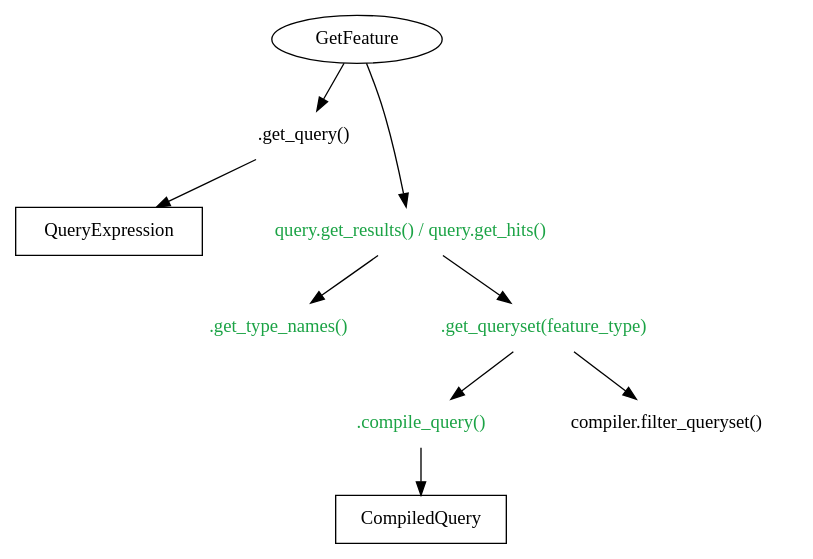
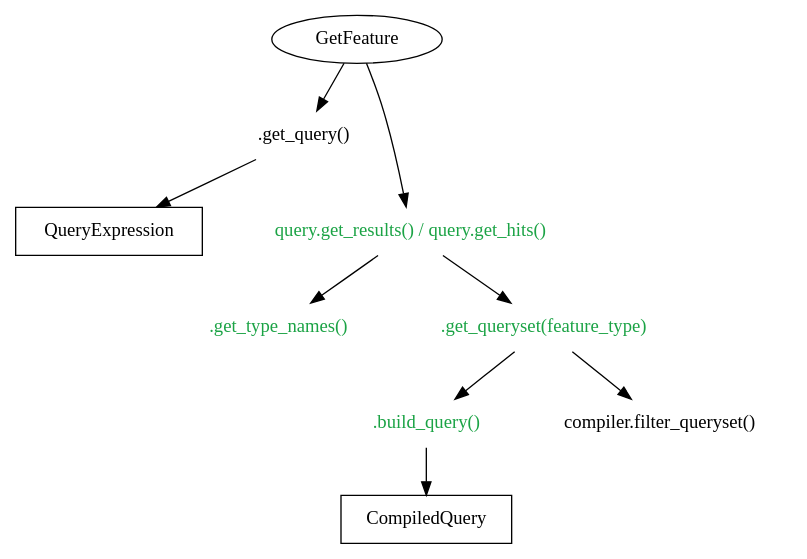
Before and after one commit to Amsterdam/django-gisserver: the fourth of 6 diagrams in docs/development.rst, drawn with Graphviz. The commit also changed other lines of this file and 84 other files, not shown here.

```diff
--- a/docs/development.rst
+++ b/docs/development.rst
@@ -160,26 +160,26 @@
 .. graphviz::
 
     digraph foo {
 
         QueryExpression [shape=box]
         CompiledQuery [shape=box]
         get_query [shape=none, label=".get_query()"]
         get_results [shape=none, label="query.get_results() / query.get_hits()", fontcolor="#1ba345"]
         get_type_names [shape=none, label=".get_type_names()", fontcolor="#1ba345"]
         get_queryset [shape=none, label=".get_queryset(feature_type)", fontcolor="#1ba345"]
-        compile_query [shape=none, label=".compile_query()", fontcolor="#1ba345"]
+        build_query [shape=none, label=".build_query()", fontcolor="#1ba345"]
         filter_queryset [shape=none, label="compiler.filter_queryset()"]
 
         get_query -> get_results [style=invis]
         get_query -> QueryExpression
 
         GetFeature -> get_query
         GetFeature -> get_results
 
         get_results -> get_type_names
         get_results -> get_queryset
-        get_queryset -> compile_query
+        get_queryset -> build_query
         get_queryset -> filter_queryset
 
-        compile_query -> CompiledQuery
+        build_query -> CompiledQuery
     }
```
